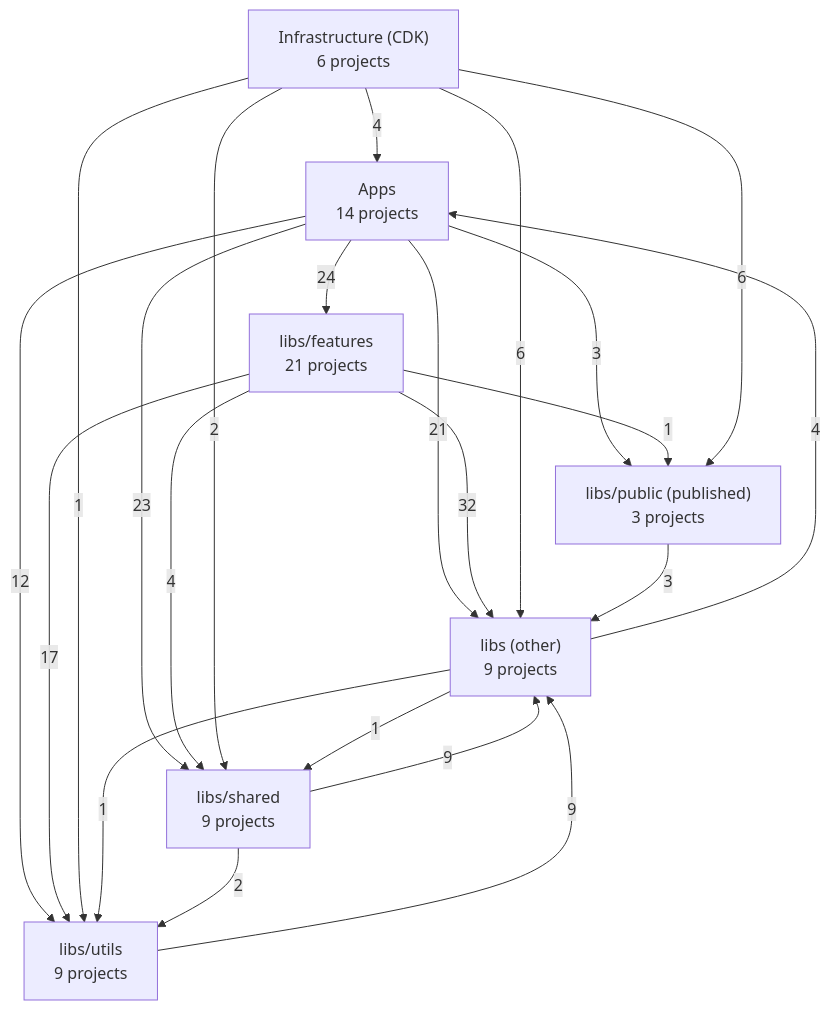
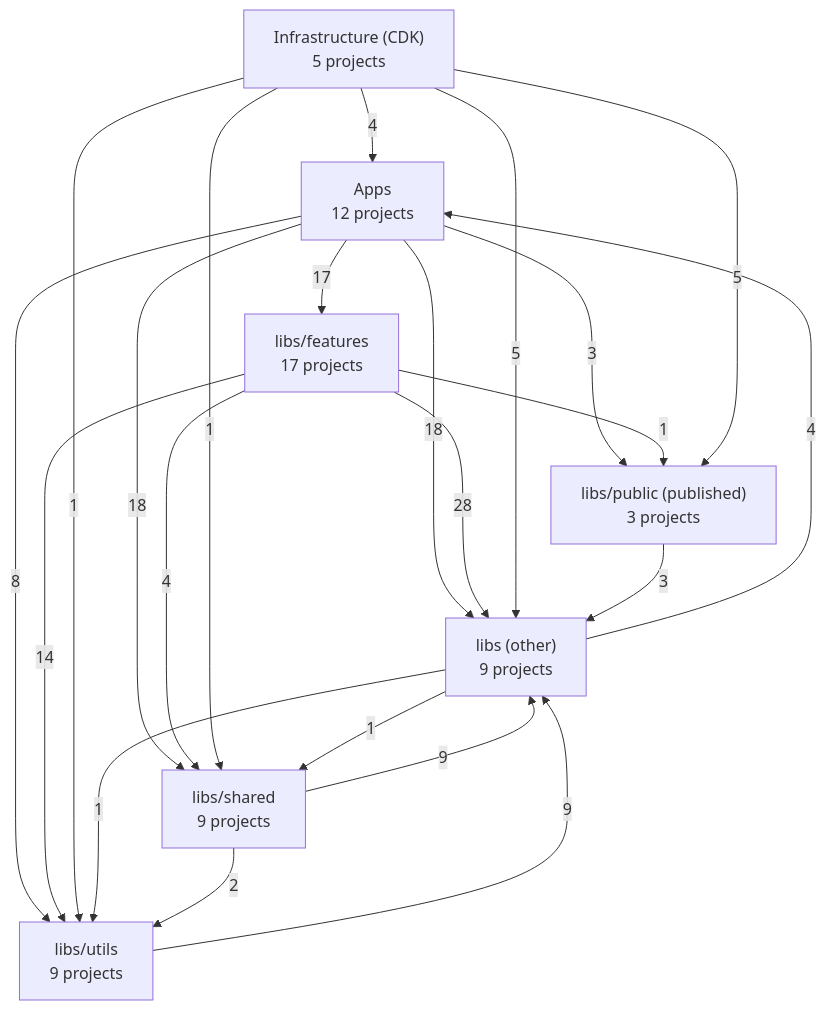
Before and after one commit to WolfSoko/wol-sok-mono: the first of 4 diagrams in docs/architecture/README.md, drawn with Mermaid. The commit also changed other lines of this file and 13 other files, not shown here.

````diff
--- a/docs/architecture/README.md
+++ b/docs/architecture/README.md
@@ -26,31 +26,31 @@
 ```mermaid
 flowchart TD
-  infra["Infrastructure (CDK)<br/>6 projects"]
-  apps["Apps<br/>14 projects"]
+  infra["Infrastructure (CDK)<br/>5 projects"]
+  apps["Apps<br/>12 projects"]
   public["libs/public (published)<br/>3 projects"]
-  features["libs/features<br/>21 projects"]
+  features["libs/features<br/>17 projects"]
   shared["libs/shared<br/>9 projects"]
   utils["libs/utils<br/>9 projects"]
   other["libs (other)<br/>9 projects"]
-  apps -- 24 --> features
-  apps -- 21 --> other
+  apps -- 17 --> features
+  apps -- 18 --> other
   apps -- 3 --> public
-  apps -- 23 --> shared
-  apps -- 12 --> utils
-  features -- 32 --> other
+  apps -- 18 --> shared
+  apps -- 8 --> utils
+  features -- 28 --> other
   features -- 1 --> public
   features -- 4 --> shared
-  features -- 17 --> utils
+  features -- 14 --> utils
   infra -- 4 --> apps
-  infra -- 6 --> other
-  infra -- 6 --> public
-  infra -- 2 --> shared
+  infra -- 5 --> other
+  infra -- 5 --> public
+  infra -- 1 --> shared
   infra -- 1 --> utils
   other -- 4 --> apps
   other -- 1 --> shared
   other -- 1 --> utils
   public -- 3 --> other
   shared -- 9 --> other
   shared -- 2 --> utils
   utils -- 9 --> other
 ```
````
